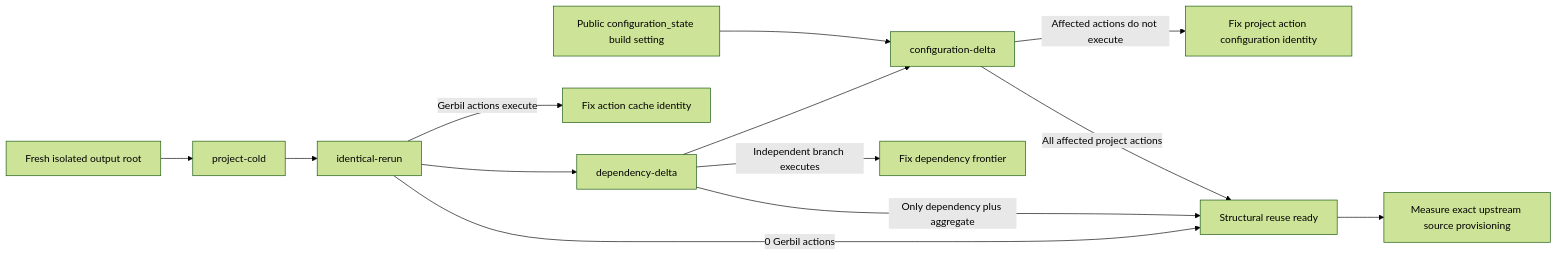
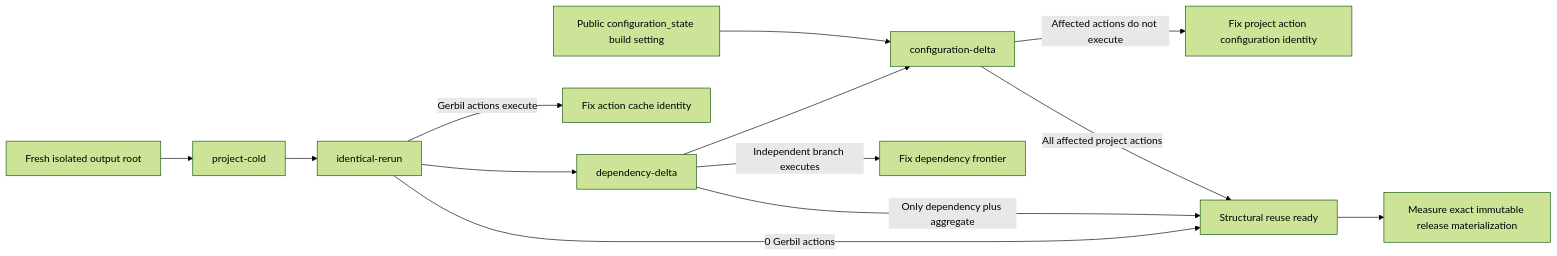
The first of 2 diagrams in docs/rfc/0006-build-scenario-receipt-v1.org (tao3k/gerbil-bazel), drawn with Mermaid (forest theme) before and after one commit. The commit also changed other lines of this file and 49 other files, not shown here.

```diff
--- a/docs/rfc/0006-build-scenario-receipt-v1.org
+++ b/docs/rfc/0006-build-scenario-receipt-v1.org
@@ -26,15 +26,15 @@
 #+begin_src mermaid
 flowchart LR
   A["Fresh isolated output root"] --> B["project-cold"]
   B --> C["identical-rerun"]
   C --> D["dependency-delta"]
   D --> E["configuration-delta"]
   C -->|"Gerbil actions execute"| X["Fix action cache identity"]
   D -->|"Independent branch executes"| Y["Fix dependency frontier"]
   S["Public configuration_state build setting"] --> E
   E -->|"Affected actions do not execute"| Z["Fix project action configuration identity"]
   C -->|"0 Gerbil actions"| F["Structural reuse ready"]
   D -->|"Only dependency plus aggregate"| F
   E -->|"All affected project actions"| F
-  F --> G["Measure exact upstream source provisioning"]
+  F --> G["Measure exact immutable release materialization"]
 #+end_src
```
